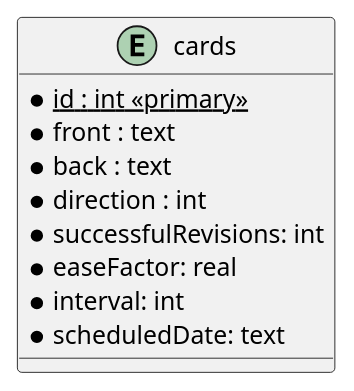
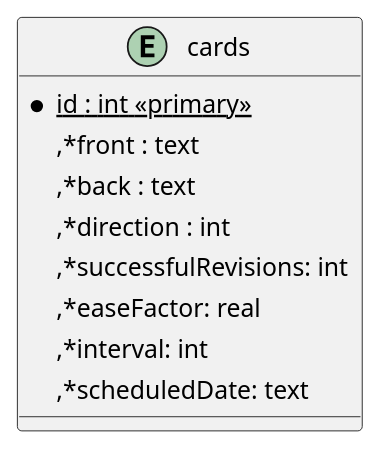
Before and after one commit to dinesh-58/college-files: the second of 2 diagrams in 4th-sem/project-1/final-report/final-report.org, drawn with PlantUML. The commit also changed other lines of this file and 5 other files, not shown here.

```diff
--- a/4th-sem/project-1/final-report/final-report.org
+++ b/4th-sem/project-1/final-report/final-report.org
@@ -464,14 +404,15 @@
 #+begin_src plantuml :file diagrams/database-schema.svg 
-@startuml
-entity "cards" {
-  {static} *id : int <<primary>>
-  *front : text
-  *back : text
-  *direction : int
-  *successfulRevisions: int 
-  *easeFactor: real  
-  *interval: int
-  *scheduledDate: text 
-}
-@enduml
+  @startuml
+  skinparam Padding 2
+  entity "cards" {
+          {static} *id : int <<primary>>
+          ,*front : text
+          ,*back : text
+          ,*direction : int
+          ,*successfulRevisions: int 
+          ,*easeFactor: real  
+          ,*interval: int
+          ,*scheduledDate: text 
+  }
+  @enduml
 #+end_src
```
